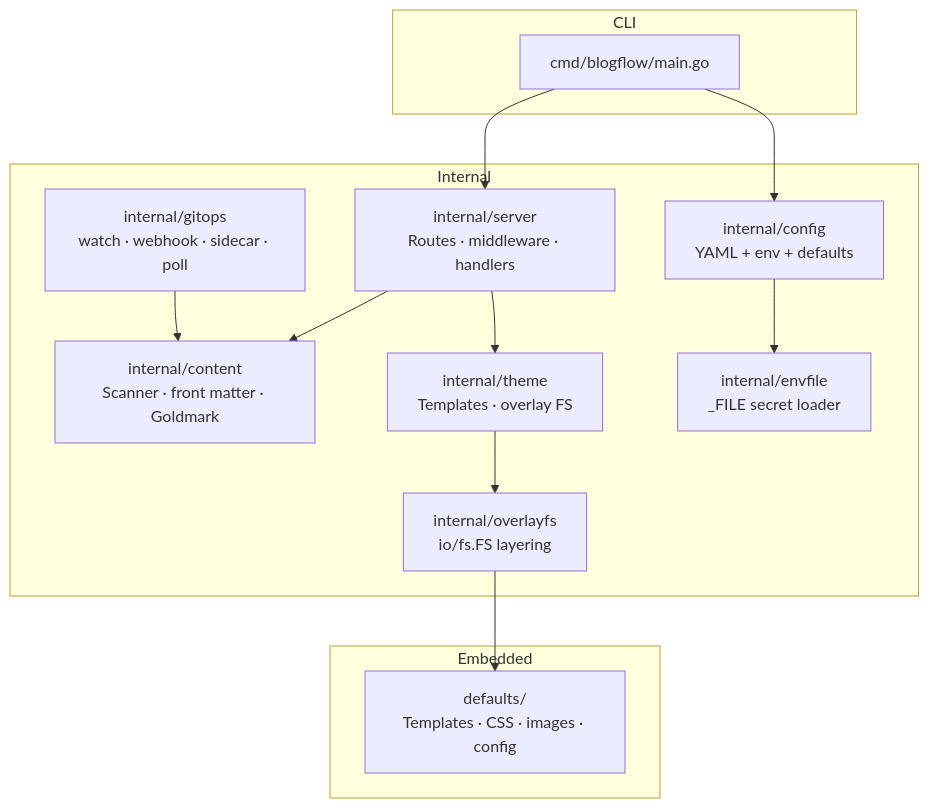
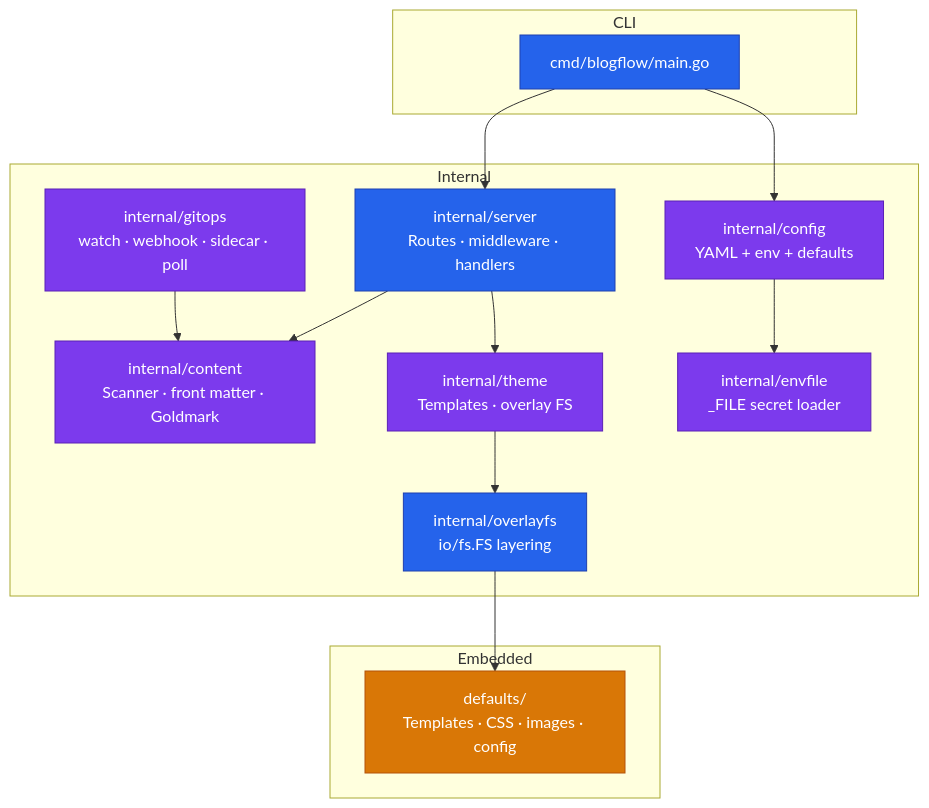
One commit to khaines/blogflow changed the diagram in README.md. Above: the diagram before and after it, drawn with Mermaid. The commit also changed 1 other file, not shown here.

Commit message:
docs: apply consistent Mermaid theme to user-facing diagrams

````diff
--- a/README.md
+++ b/README.md
@@ -180,29 +180,33 @@
 ```mermaid
 graph TD
+    classDef primary fill:#2563eb,stroke:#1e40af,color:#fff
+    classDef secondary fill:#7c3aed,stroke:#5b21b6,color:#fff
+    classDef storage fill:#d97706,stroke:#b45309,color:#fff
+
     subgraph CLI
-        main["cmd/blogflow/main.go"]
+        main["cmd/blogflow/main.go"]:::primary
     end
 
     subgraph Internal
-        config["internal/config\nYAML + env + defaults"]
-        content["internal/content\nScanner · front matter · Goldmark"]
-        theme["internal/theme\nTemplates · overlay FS"]
-        server["internal/server\nRoutes · middleware · handlers"]
-        overlayfs["internal/overlayfs\nio/fs.FS layering"]
-        gitops["internal/gitops\nwatch · webhook · sidecar · poll"]
-        envfile["internal/envfile\n_FILE secret loader"]
+        config["internal/config<br/>YAML + env + defaults"]:::secondary
+        content["internal/content<br/>Scanner · front matter · Goldmark"]:::secondary
+        theme["internal/theme<br/>Templates · overlay FS"]:::secondary
+        server["internal/server<br/>Routes · middleware · handlers"]:::primary
+        overlayfs["internal/overlayfs<br/>io/fs.FS layering"]:::primary
+        gitops["internal/gitops<br/>watch · webhook · sidecar · poll"]:::secondary
+        envfile["internal/envfile<br/>_FILE secret loader"]:::secondary
     end
 
     subgraph Embedded
-        defaults["defaults/\nTemplates · CSS · images · config"]
+        defaults["defaults/<br/>Templates · CSS · images · config"]:::storage
     end
 
     main --> config
     main --> server
     server --> content
     server --> theme
     theme --> overlayfs
     overlayfs --> defaults
     config --> envfile
     gitops --> content
 ```
````
